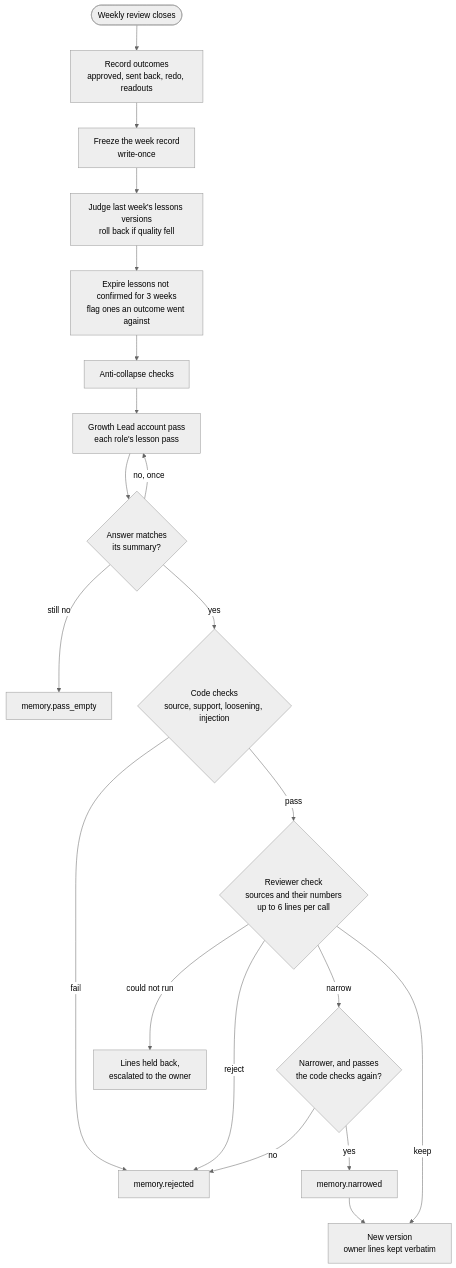
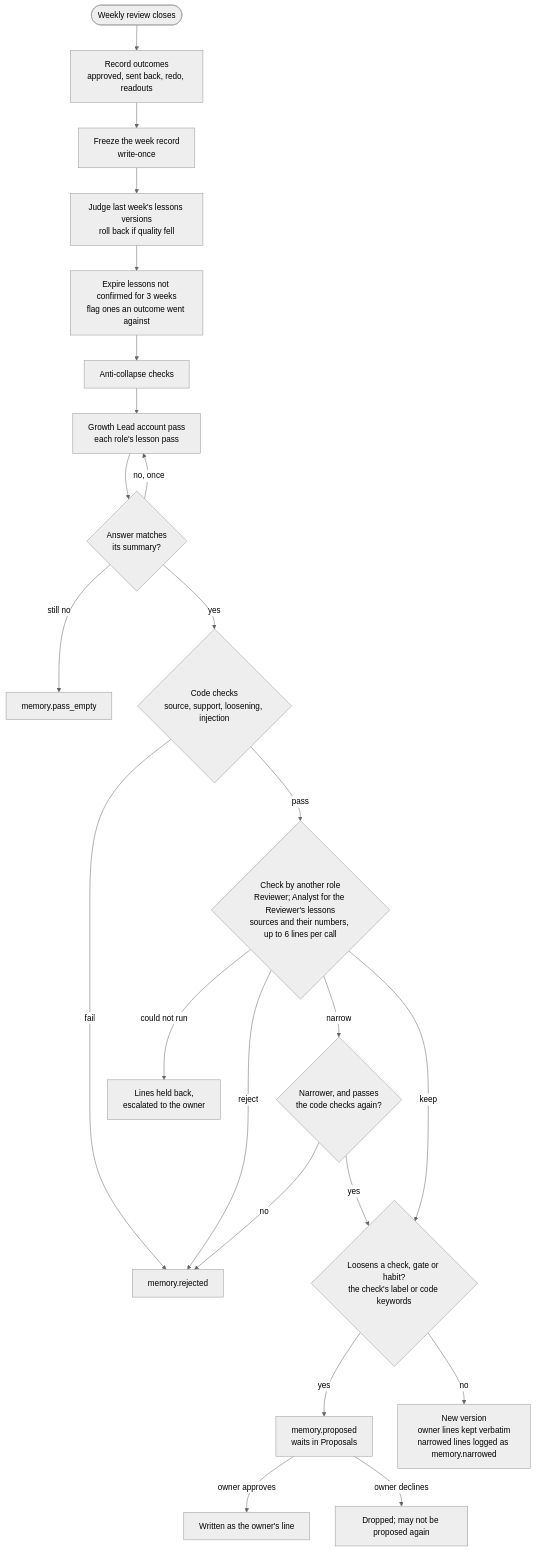
Before and after one commit to Jieyi-Deng/agent-beans: the seventh of 8 diagrams in docs/harness.md, drawn with Mermaid (neutral theme). The commit also changed other lines of this file and 13 other files, not shown here.

First line of the commit message:
Memory: no role checks its own lessons; loosening lines wait for the owner

````diff
--- a/docs/harness.md
+++ b/docs/harness.md
@@ -230,21 +230,25 @@
 ```mermaid
 flowchart TB
     close(["Weekly review closes"]) --> out["Record outcomes<br/>approved, sent back, redo, readouts"]
     out --> freeze["Freeze the week record<br/>write-once"]
     freeze --> judge["Judge last week's lessons versions<br/>roll back if quality fell"]
     judge --> refresh["Expire lessons not confirmed for 3 weeks<br/>flag ones an outcome went against"]
     refresh --> collapse["Anti-collapse checks"]
     collapse --> passes["Growth Lead account pass<br/>each role's lesson pass"]
     passes --> match{"Answer matches<br/>its summary?"}
     match -- "no, once" --> passes
     match -- "still no" --> empty["memory.pass_empty"]
     match -- "yes" --> code{"Code checks<br/>source, support, loosening, injection"}
     code -- "fail" --> rej["memory.rejected"]
-    code -- "pass" --> rev{"Reviewer check<br/>sources and their numbers<br/>up to 6 lines per call"}
+    code -- "pass" --> rev{"Check by another role<br/>Reviewer; Analyst for the Reviewer's lessons<br/>sources and their numbers, up to 6 lines per call"}
     rev -- "reject" --> rej
     rev -- "narrow" --> cut{"Narrower, and passes<br/>the code checks again?"}
     cut -- "no" --> rej
-    cut -- "yes" --> nar["memory.narrowed"] --> ver
+    cut -- "yes" --> dir
     rev -- "could not run" --> held["Lines held back,<br/>escalated to the owner"]
-    rev -- "keep" --> ver["New version<br/>owner lines kept verbatim"]
+    rev -- "keep" --> dir{"Loosens a check, gate or habit?<br/>the check's label or code keywords"}
+    dir -- "yes" --> prop["memory.proposed<br/>waits in Proposals"]
+    prop -- "owner approves" --> own["Written as the owner's line"]
+    prop -- "owner declines" --> gone["Dropped; may not be proposed again"]
+    dir -- "no" --> ver["New version<br/>owner lines kept verbatim<br/>narrowed lines logged as memory.narrowed"]
 ```
````
